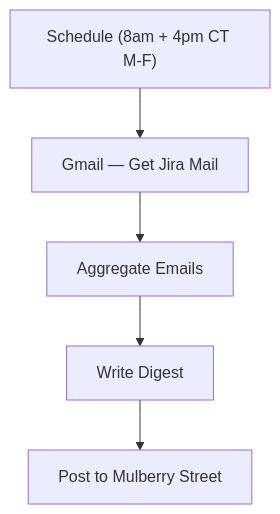
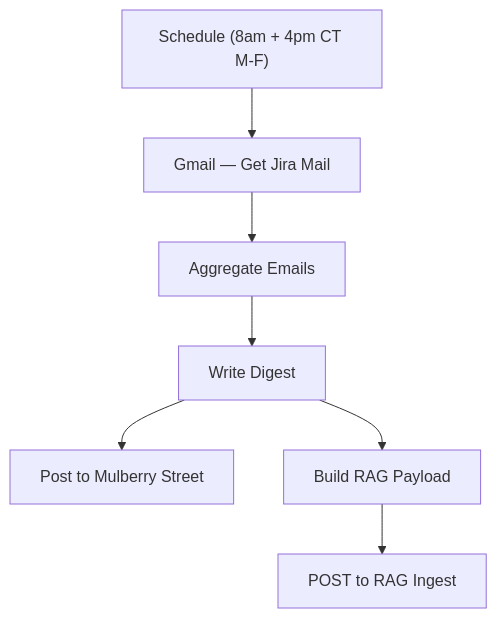
One commit to anthonycoffey/_agent changed the second of 2 diagrams in docs/workflows/bugsy-jira-digest.md. Above: the diagram before and after it, drawn with Mermaid. The commit also changed other lines of this file and 2 other files, not shown here.

First line of the commit message:
feat(jira-digest): mirror digests into Qdrant via /rag-ingest

````diff
--- a/docs/workflows/bugsy-jira-digest.md
+++ b/docs/workflows/bugsy-jira-digest.md
@@ -89,12 +115,16 @@
 ```mermaid
 flowchart TD
   schedule_8am_4pm_ct_m_f["Schedule (8am + 4pm CT M-F)"]
   gmail_get_jira_mail["Gmail — Get Jira Mail"]
   aggregate_emails["Aggregate Emails"]
   write_digest["Write Digest"]
   post_to_mulberry_street["Post to Mulberry Street"]
+  build_rag_payload["Build RAG Payload"]
+  post_to_rag_ingest["POST to RAG Ingest"]
   schedule_8am_4pm_ct_m_f --> gmail_get_jira_mail
   gmail_get_jira_mail --> aggregate_emails
   aggregate_emails --> write_digest
   write_digest --> post_to_mulberry_street
+  write_digest --> build_rag_payload
+  build_rag_payload --> post_to_rag_ingest
 ```
````
